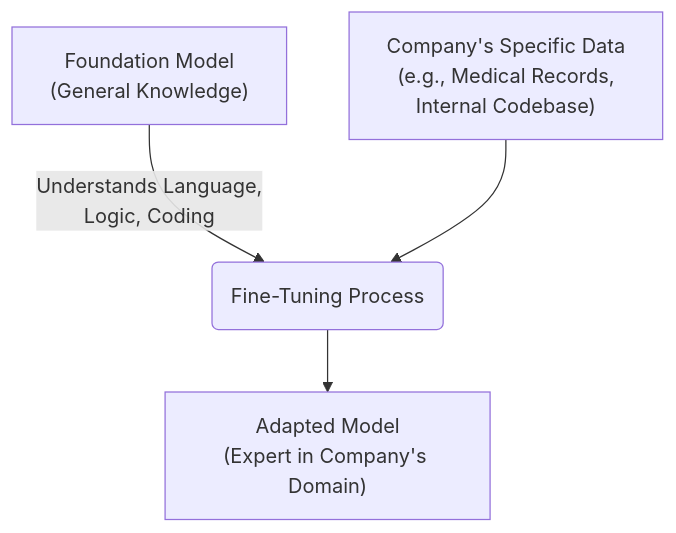
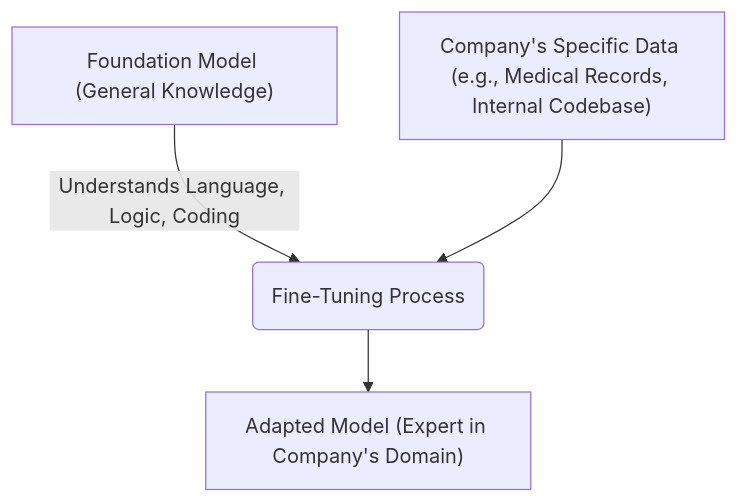
One commit to NamrataRev/AI_academy changed the diagram in Week4/1.Foundation Models and Adaptation.md. Above: the diagram before and after it, drawn with Mermaid.

Commit message:
feat: add course module on foundation models and adaptation techniques

````diff
--- a/Week4/1.Foundation Models and Adaptation.md
+++ b/Week4/1.Foundation Models and Adaptation.md
@@ -58,6 +58,6 @@
 ```mermaid
 flowchart TD
-    A["Foundation Model<br>(General Knowledge)"] -->|Understands Language,<br>Logic, Coding| B("Fine-Tuning Process")
-    C["Company's Specific Data<br>(e.g., Medical Records,<br>Internal Codebase)"] --> B
-    B --> D["Adapted Model<br>(Expert in Company's Domain)"]
+    A["Foundation Model (General Knowledge)"] -->|"Understands Language, Logic, Coding"| B("Fine-Tuning Process")
+    C["Company's Specific Data (e.g., Medical Records, Internal Codebase)"] --> B
+    B --> D["Adapted Model (Expert in Company's Domain)"]
 ```
````
